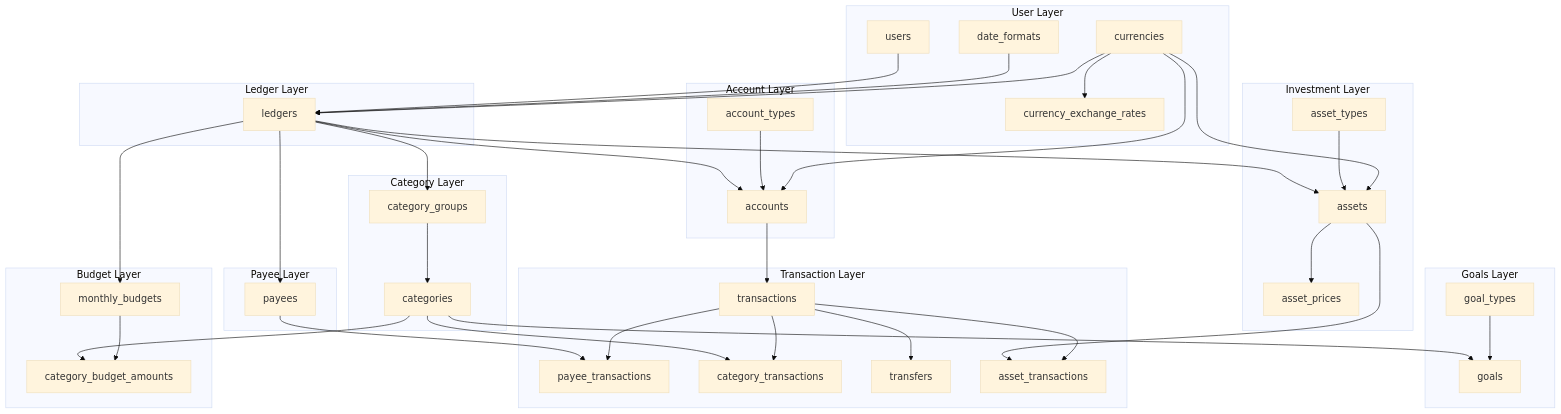
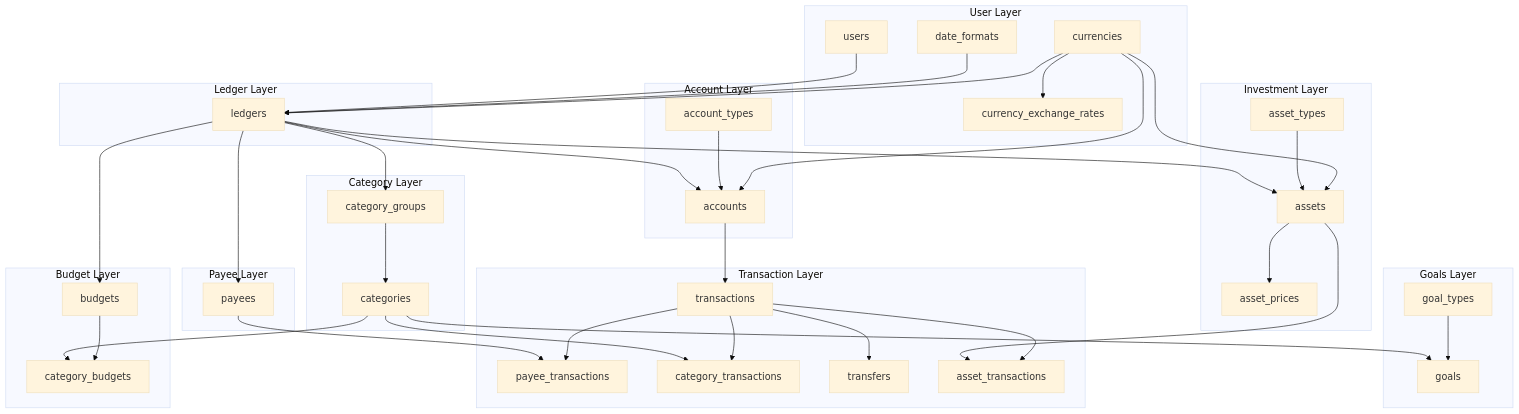
The second of 4 diagrams in database/docs/schema_diagram.md (tiagopaispereira/ledger-to-invest), drawn with Mermaid (base theme) before and after one commit. The commit also changed other lines of this file, not shown here.

Commit message:
Refactor schema diagram documentation to improve clarity and consistency in table naming conventions

````diff
--- a/database/docs/schema_diagram.md
+++ b/database/docs/schema_diagram.md
@@ -274,80 +274,80 @@
 ```mermaid
 graph TB
     subgraph "User Layer"
         A[date_formats]
         B[currencies] 
         C[currency_exchange_rates]
         D[users]
     end
     
     subgraph "Ledger Layer"
         E[ledgers]
     end
     
     subgraph "Account Layer"
         F[account_types]
         G[accounts]
     end
     
     subgraph "Investment Layer"
         H[asset_types]
         I[assets]
         J[asset_prices]
     end
     
     subgraph "Category Layer"
         K[category_groups]
         L[categories]
     end
     
     subgraph "Goals Layer"
         M[goal_types]
         N[goals]
     end
     
     subgraph "Payee Layer"
         O[payees]
     end
     
     subgraph "Transaction Layer"
         P[transactions]
         V[payee_transactions]
         Q[category_transactions]
         R[transfers]
         S[asset_transactions]
     end
     
     subgraph "Budget Layer"
-        T[monthly_budgets]
-        U[category_budget_amounts]
+        T[budgets]
+        U[category_budgets]
     end
     
     %% Layer Dependencies
     D --> E
     A --> E
     B --> E
     E --> G
     E --> K
     E --> I
     E --> O
     E --> T
     F --> G
     B --> G
     H --> I
     B --> I
     I --> J
     I --> S
     K --> L
     L --> N
     L --> Q
     L --> U
     M --> N
     O --> V
     G --> P
     P --> Q
     P --> V
     P --> R
     P --> S
     T --> U
     B --> C
 ```
````
